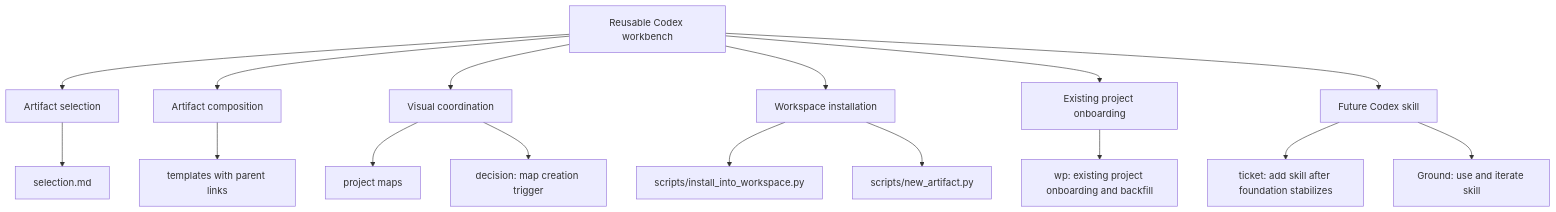
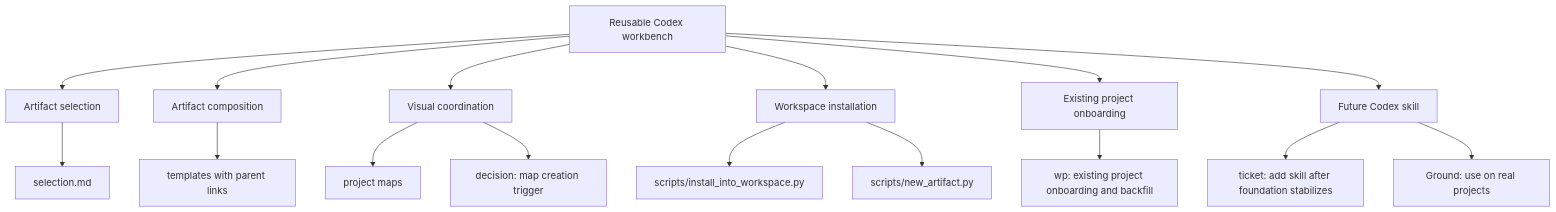
Before and after one commit to PC-Redemption/tool_shed: the diagram in work/maps/map-tool-shed-foundation.md, drawn with Mermaid. The commit also changed other lines of this file and 4 other files, not shown here.

````diff
--- a/work/maps/map-tool-shed-foundation.md
+++ b/work/maps/map-tool-shed-foundation.md
@@ -14,20 +14,20 @@
 ```mermaid
 flowchart TD
   A[Reusable Codex workbench] --> B[Artifact selection]
   A --> C[Artifact composition]
   A --> D[Visual coordination]
   A --> E[Workspace installation]
   A --> F[Existing project onboarding]
   A --> G[Future Codex skill]
 
   B --> H[selection.md]
   C --> I[templates with parent links]
   D --> J[project maps]
   D --> K[decision: map creation trigger]
   E --> L[scripts/install_into_workspace.py]
   E --> M[scripts/new_artifact.py]
   F --> N[wp: existing project onboarding and backfill]
   G --> O[ticket: add skill after foundation stabilizes]
 
-  G --> P[Ground: use and iterate skill]
+  G --> P[Ground: use on real projects]
 ```
````
